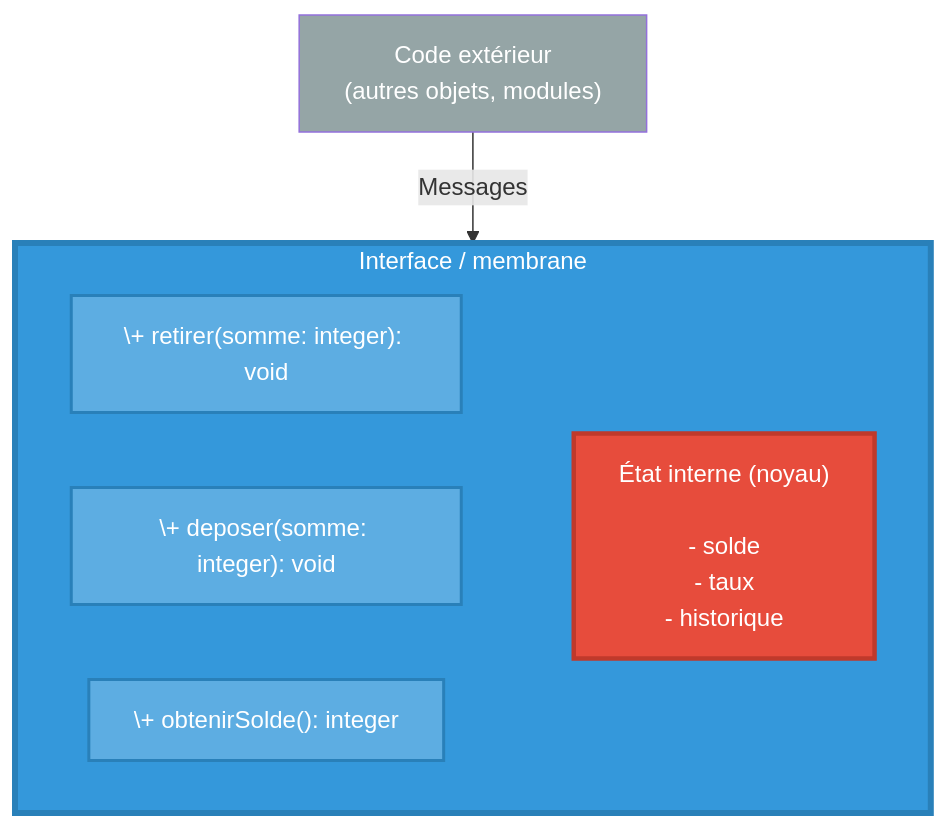
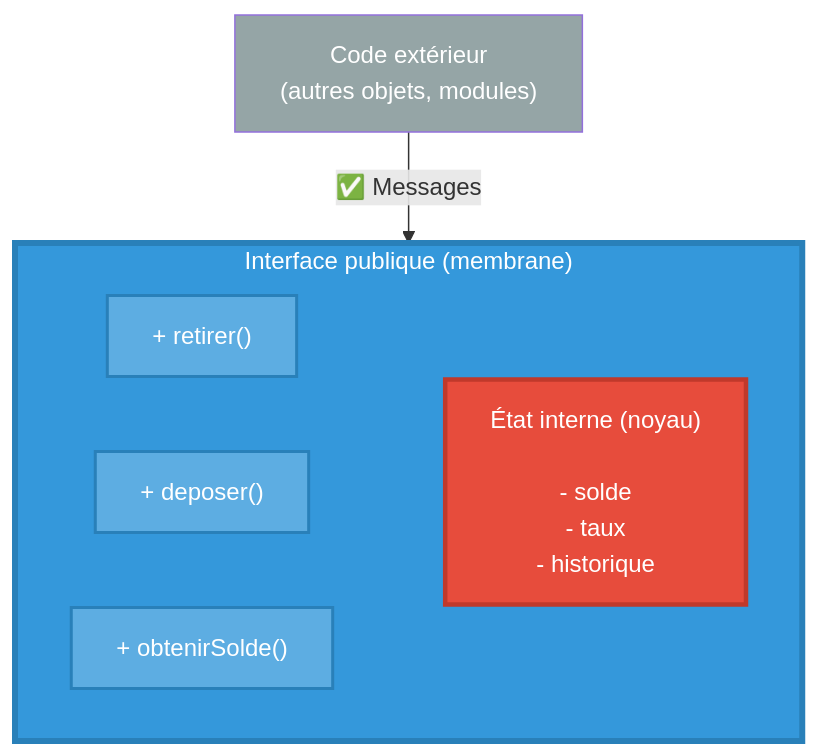
One commit to AlexDmr/l3m-2026-2027-apo changed the diagram in Cours/BasesPOO/pourquoi-des-objets.md. Above: the diagram before and after it, drawn with Mermaid. The commit also changed other lines of this file, not shown here.

````diff
--- a/Cours/BasesPOO/pourquoi-des-objets.md
+++ b/Cours/BasesPOO/pourquoi-des-objets.md
@@ -71,25 +69,25 @@
 ```mermaid
 graph TB
     EXT["Code extérieur<br/>(autres objets, modules)"]
     
-    subgraph MEMBRANE["Interface / membrane"]
-        M1["\+ retirer(somme: integer): void"]
-        M2["\+ deposer(somme: integer): void"]
-        M3["\+ obtenirSolde(): integer"]
+    subgraph MEMBRANE["Interface publique (membrane)"]
+        M1["+ retirer()"]
+        M2["+ deposer()"]
+        M3["+ obtenirSolde()"]
         
         NOYAU["État interne (noyau)<br/><br/>- solde<br/>- taux<br/>- historique"]
         
         M1 ~~~ NOYAU
         M2 ~~~ NOYAU
         M3 ~~~ NOYAU
     end
     
-    EXT -->|"Messages"| MEMBRANE
+    EXT -->|"✅ Messages"| MEMBRANE
     
     style MEMBRANE fill:#3498db,stroke:#2980b9,stroke-width:4px,color:#fff
     style NOYAU fill:#e74c3c,stroke:#c0392b,stroke-width:3px,color:#fff
     style M1 fill:#5dade2,stroke:#2980b9,stroke-width:2px,color:#fff
     style M2 fill:#5dade2,stroke:#2980b9,stroke-width:2px,color:#fff
     style M3 fill:#5dade2,stroke:#2980b9,stroke-width:2px,color:#fff
     style EXT fill:#95a5a6,color:#fff
 ```
````
